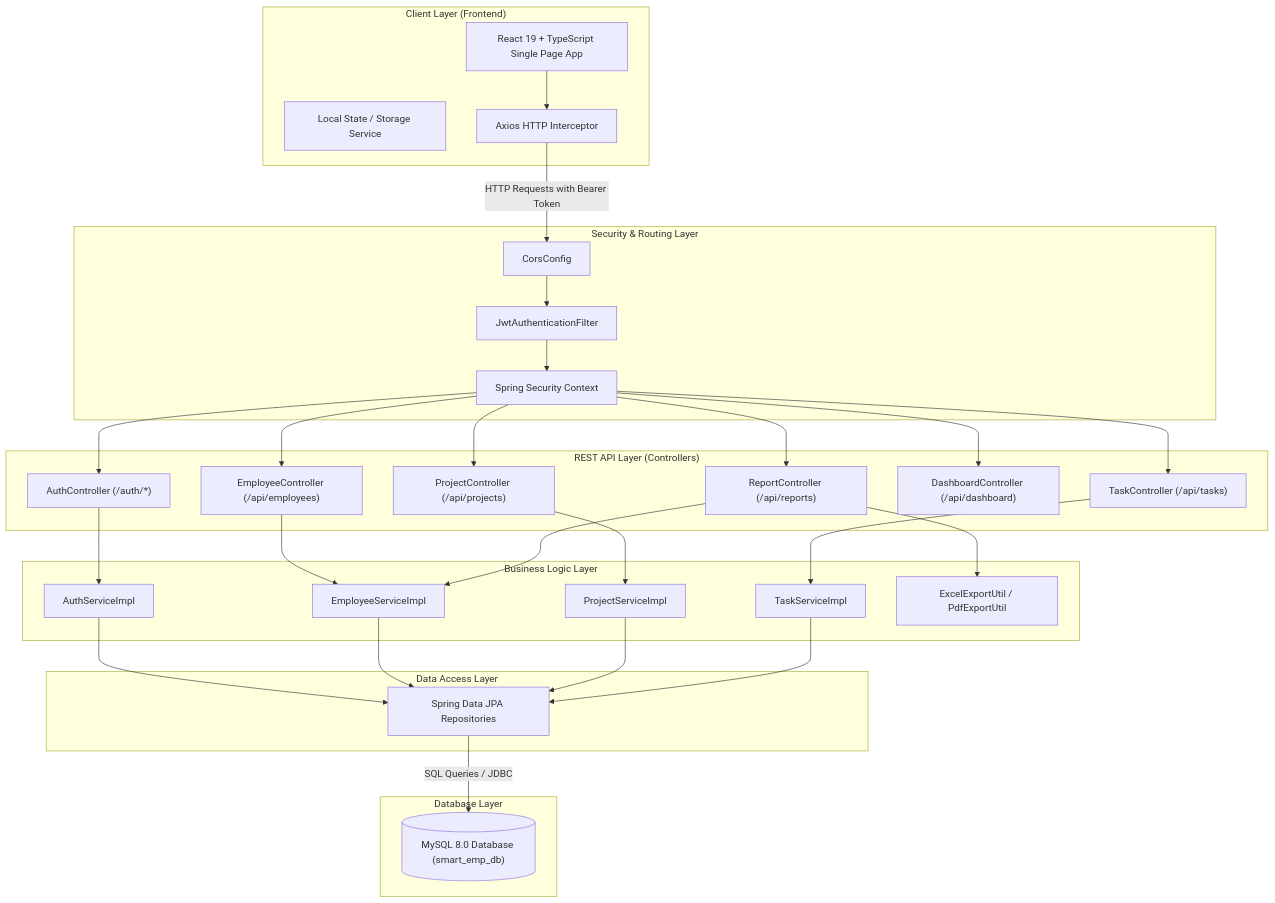
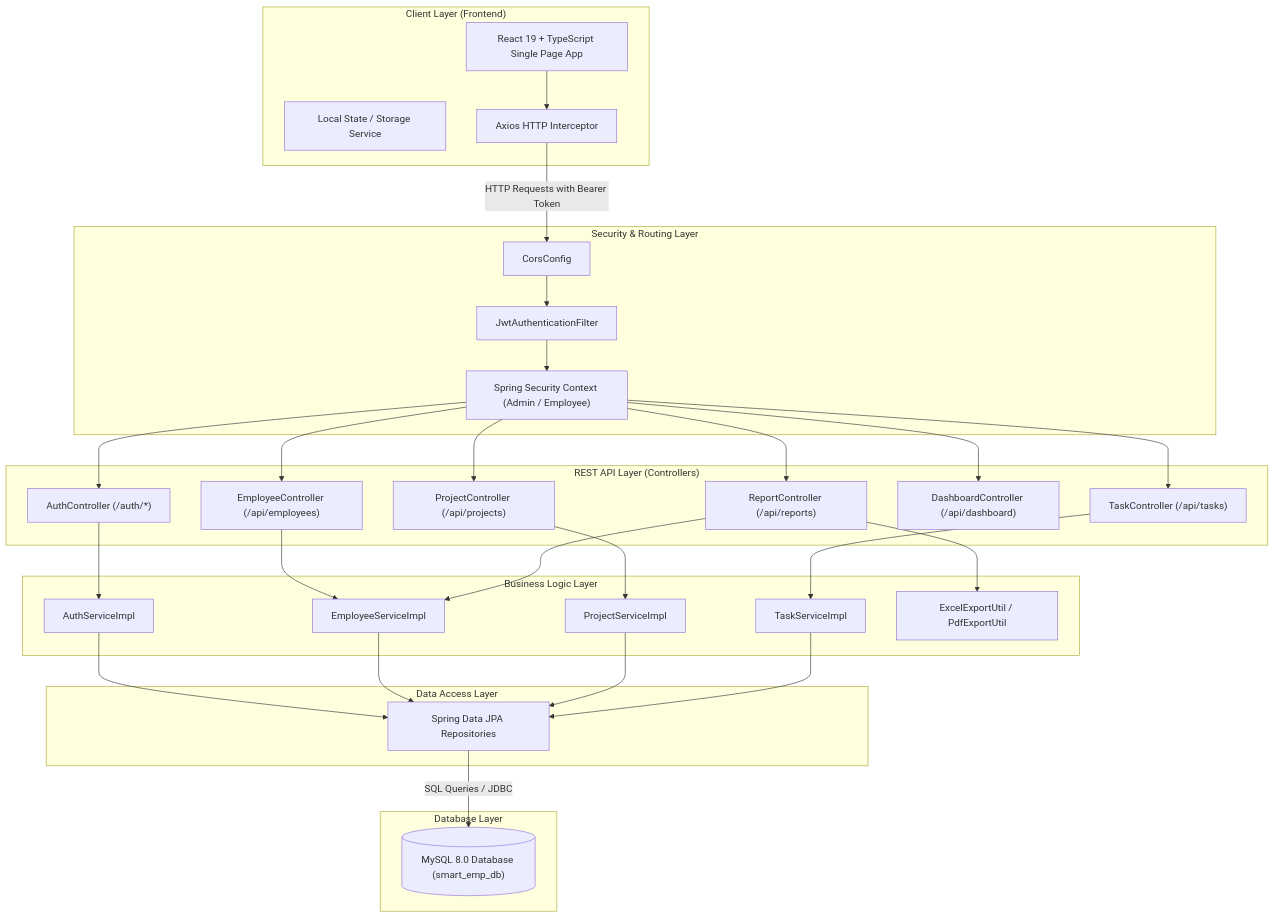
One commit to Sk-Jasmin/Smart-Employee-and-Project-Management-System changed the first of 2 diagrams in README.md. Above: the diagram before and after it, drawn with Mermaid. The commit also changed other lines of this file and 1 other file, not shown here.

````diff
--- a/README.md
+++ b/README.md
@@ -186,64 +186,64 @@
 ```mermaid
 graph TD
     subgraph Client ["Client Layer (Frontend)"]
         UI["React 19 + TypeScript Single Page App"]
         State["Local State / Storage Service"]
         AxiosClient["Axios HTTP Interceptor"]
     end
 
     subgraph API Gateway ["Security & Routing Layer"]
         CORS["CorsConfig"]
         JwtFilter["JwtAuthenticationFilter"]
-        SecConfig["Spring Security Context"]
+        SecConfig["Spring Security Context (Admin / Employee)"]
     end
 
     subgraph Controllers ["REST API Layer (Controllers)"]
         AuthController["AuthController (/auth/*)"]
         EmpController["EmployeeController (/api/employees)"]
         ProjController["ProjectController (/api/projects)"]
         TaskController["TaskController (/api/tasks)"]
         DashController["DashboardController (/api/dashboard)"]
         ReportController["ReportController (/api/reports)"]
     end
 
     subgraph Services ["Business Logic Layer"]
         AuthService["AuthServiceImpl"]
         EmpService["EmployeeServiceImpl"]
         ProjService["ProjectServiceImpl"]
         TaskService["TaskServiceImpl"]
         ExportUtils["ExcelExportUtil / PdfExportUtil"]
     end
 
     subgraph Persistence ["Data Access Layer"]
         JPA["Spring Data JPA Repositories"]
     end
 
     subgraph Database ["Database Layer"]
         MySQL[("MySQL 8.0 Database (smart_emp_db)")]
     end
 
     UI --> AxiosClient
     AxiosClient -->|"HTTP Requests with Bearer Token"| CORS
     CORS --> JwtFilter
     JwtFilter --> SecConfig
     SecConfig --> AuthController
     SecConfig --> EmpController
     SecConfig --> ProjController
     SecConfig --> TaskController
     SecConfig --> DashController
     SecConfig --> ReportController
 
     AuthController --> AuthService
     EmpController --> EmpService
     ProjController --> ProjService
     TaskController --> TaskService
     ReportController --> ExportUtils
     ReportController --> EmpService
 
     AuthService --> JPA
     EmpService --> JPA
     ProjService --> JPA
     TaskService --> JPA
 
     JPA -->|"SQL Queries / JDBC"| MySQL
 ```
````
